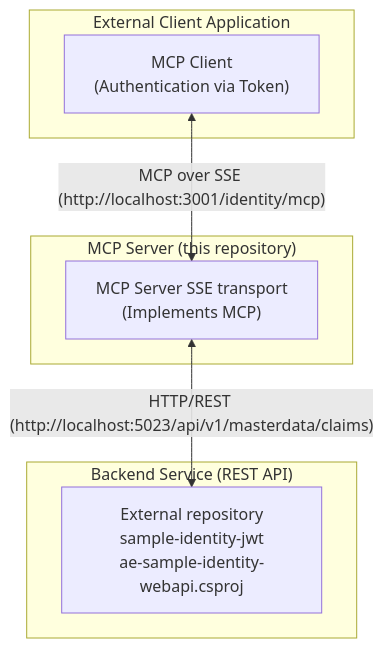
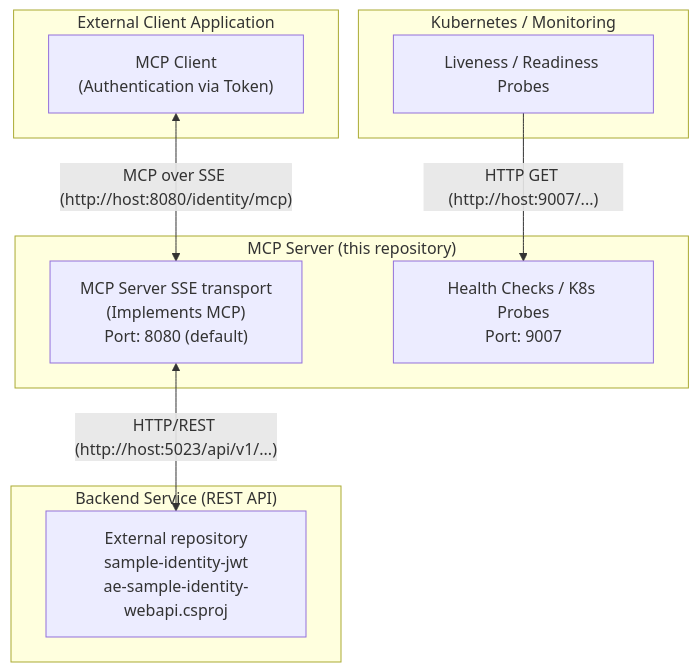
One commit to ISubkowskI/ae-poc-identity-mcpsrv changed the diagram in README.md. Above: the diagram before and after it, drawn with Mermaid. The commit also changed other lines of this file, not shown here.

Commit message:
README add health check to the chart

````diff
--- a/README.md
+++ b/README.md
@@ -11,17 +16,23 @@
 ```mermaid
 graph TD
     subgraph "External Client Application"
         lblMCPClient["MCP Client<br/>(Authentication via Token)"]
     end
 
     subgraph "MCP Server (this repository)"
-        lblMCPServer["MCP Server SSE transport<br/>(Implements MCP)"]
+        lblMCPServer["MCP Server SSE transport<br/>(Implements MCP)<br/>Port: 8080 (default)"]
+        lblHealth["Health Checks / K8s Probes<br/>Port: 9007"]
     end
 
     subgraph "Backend Service (REST API)"
         lblBackendService["External repository<br/>sample-identity-jwt<br/>ae-sample-identity-webapi.csproj"]
     end
+    
+    subgraph "Kubernetes / Monitoring"
+        lblK8s["Liveness / Readiness Probes"]
+    end
 
-    lblMCPClient -- "MCP over SSE (http://localhost:3001/identity/mcp)" <--> lblMCPServer
-    lblMCPServer -- "HTTP/REST (http://localhost:5023/api/v1/masterdata/claims)" <--> lblBackendService
+    lblMCPClient -- "MCP over SSE (http://host:8080/identity/mcp)" <--> lblMCPServer
+    lblMCPServer -- "HTTP/REST (http://host:5023/api/v1/...)" <--> lblBackendService
+    lblK8s -- "HTTP GET (http://host:9007/...)" --> lblHealth
 ```
````
